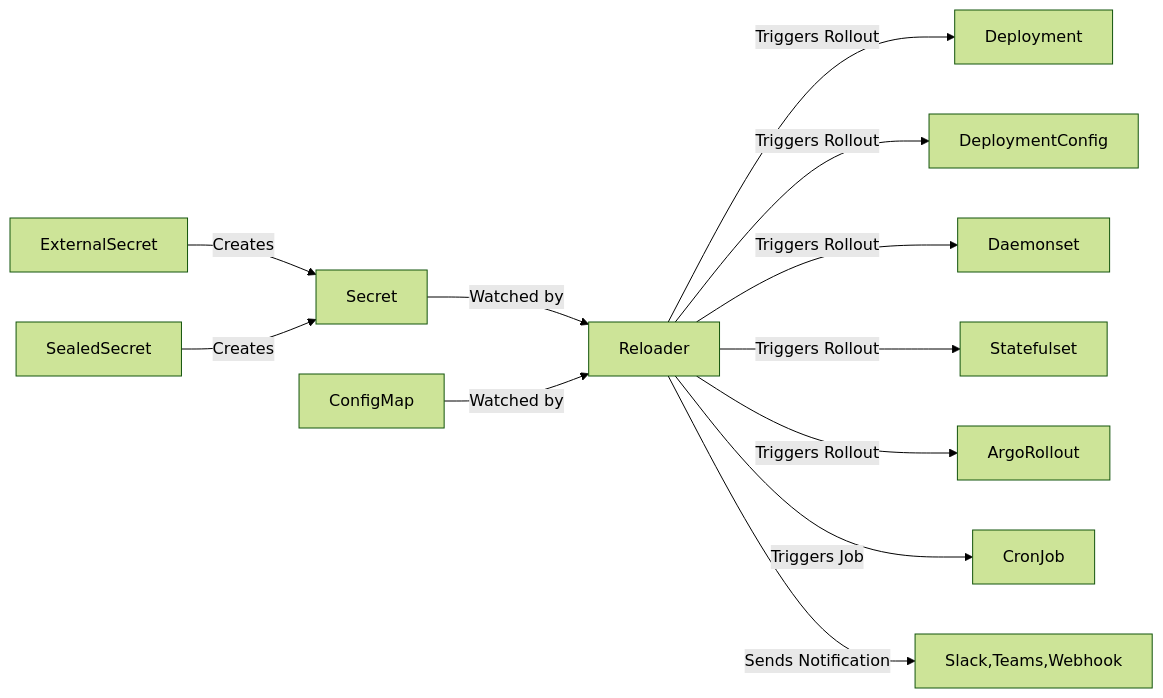
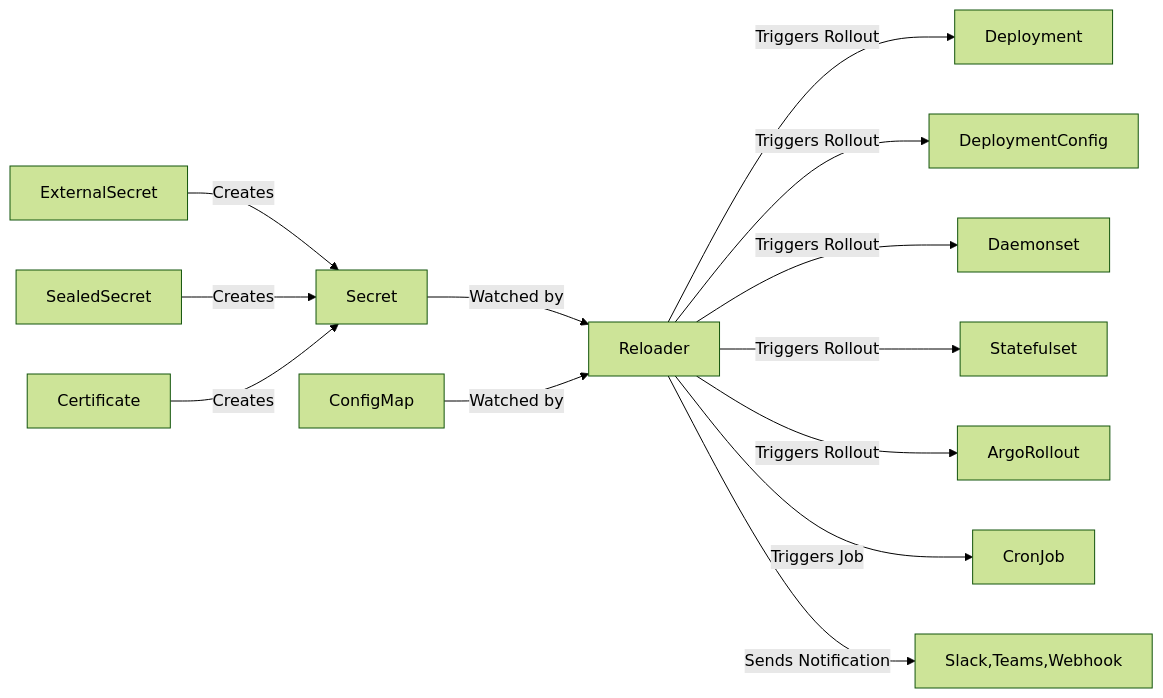
The diagram in README.md (stakater/Reloader), drawn with Mermaid (forest theme) before and after one commit. The commit also changed other lines of this file, not shown here.

Commit message:
add certificate as source

````diff
--- a/README.md
+++ b/README.md
@@ -31,15 +31,16 @@
 ```mermaid
 flowchart LR
   ExternalSecret -->|Creates| Secret
   SealedSecret -->|Creates| Secret
+  Certificate -->|Creates| Secret
   Secret -->|Watched by| Reloader
   ConfigMap -->|Watched by| Reloader
 
   Reloader -->|Triggers Rollout| Deployment
   Reloader -->|Triggers Rollout| DeploymentConfig
   Reloader -->|Triggers Rollout| Daemonset
   Reloader -->|Triggers Rollout| Statefulset
   Reloader -->|Triggers Rollout| ArgoRollout
   Reloader -->|Triggers Job| CronJob
   Reloader -->|Sends Notification| Slack,Teams,Webhook
 ```
````
